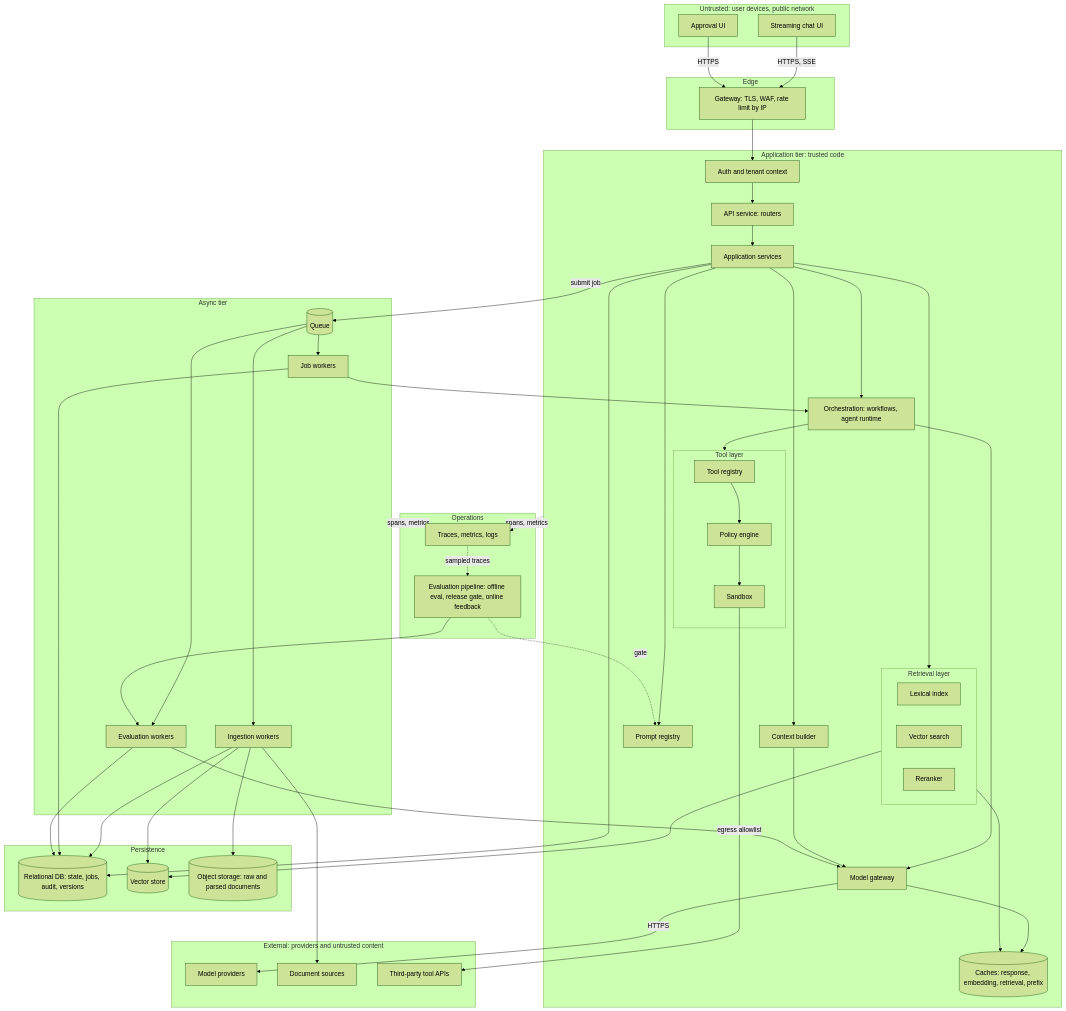
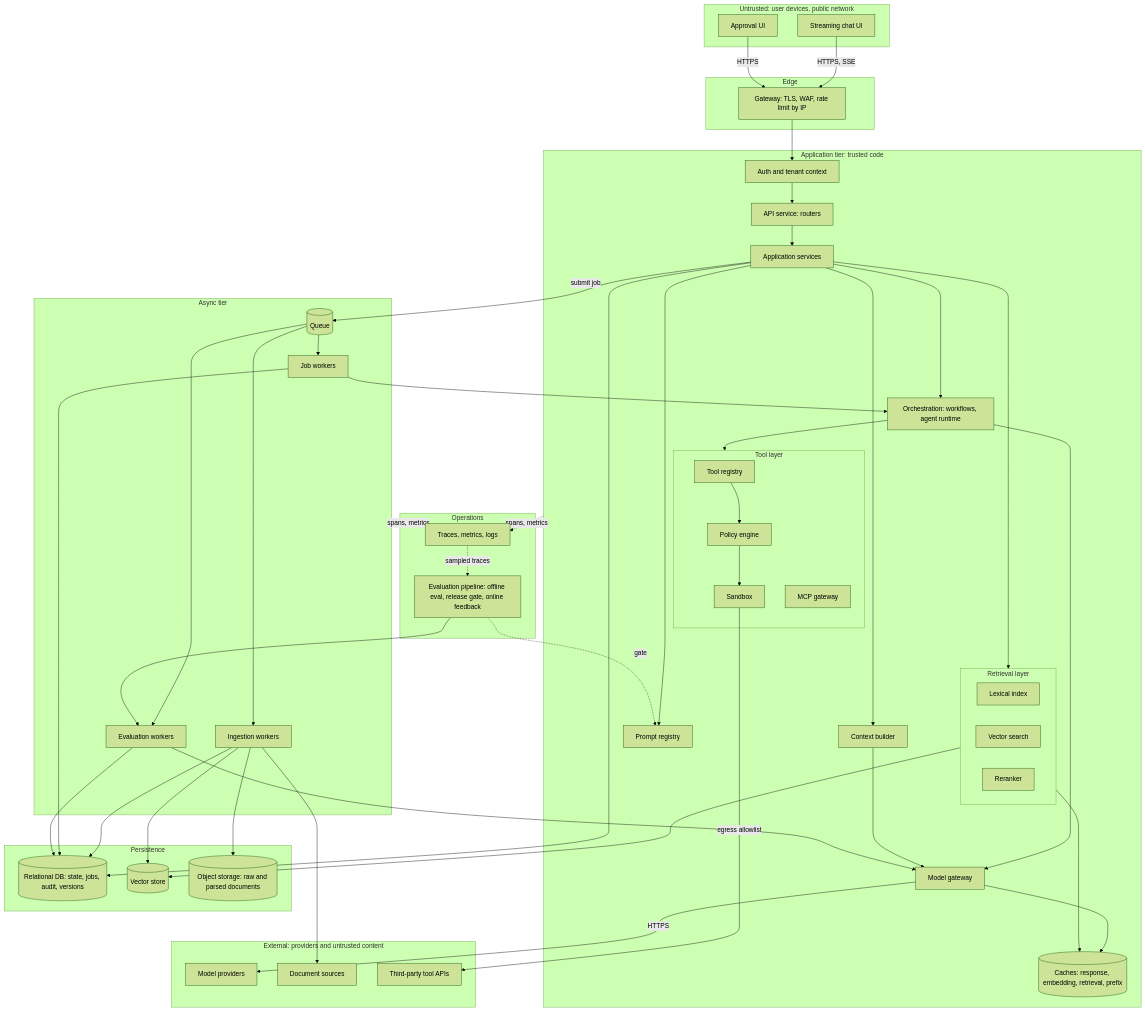
One commit to XayyamSadigov/ai-engineering-book changed the first of 5 diagrams in book/chapters/28-ai-application-architecture.md. Above: the diagram before and after it, drawn with Mermaid (forest theme). The commit also changed other lines of this file, not shown here.

Commit message:
Show the MCP gateway in the Chapter 28 tool layer, as Chapter 18 describes

```diff
--- a/book/chapters/28-ai-application-architecture.md
+++ b/book/chapters/28-ai-application-architecture.md
@@ -66,6 +66,7 @@
             TREG["Tool registry"]
             POL["Policy engine"]
             SBX["Sandbox"]
+            MCPG["MCP gateway"]
         end
         MG["Model gateway"]
         CACHE[("Caches: response, embedding, retrieval, prefix")]
```
